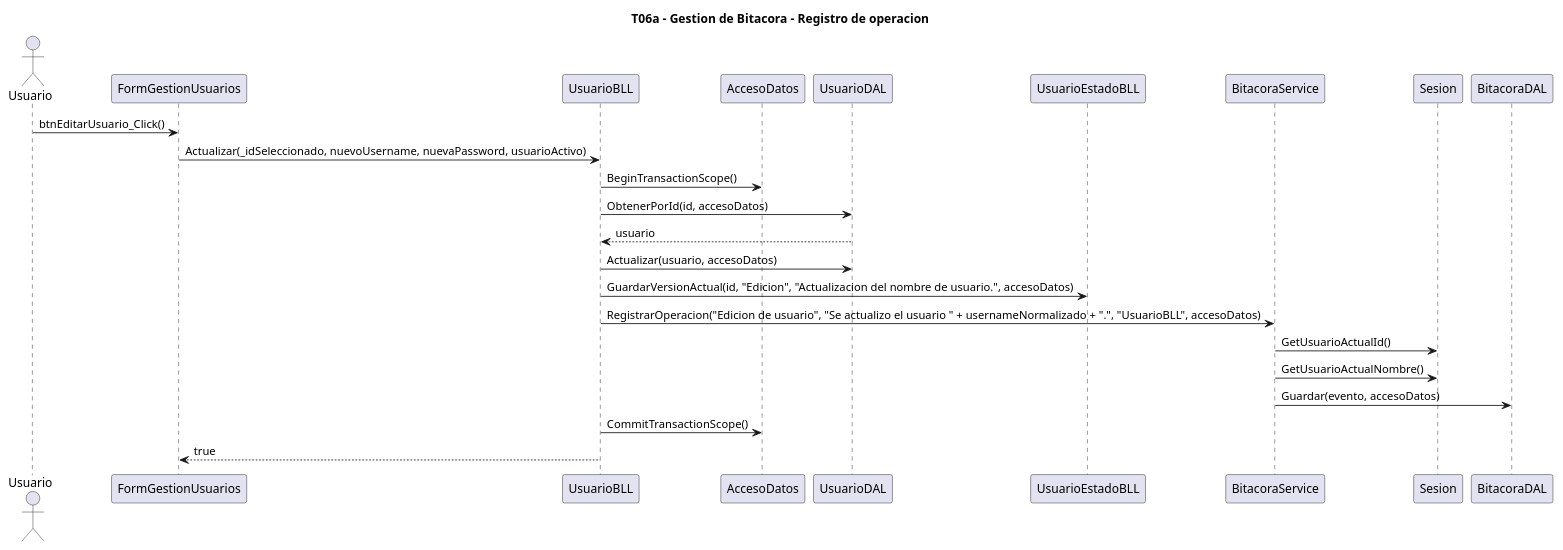
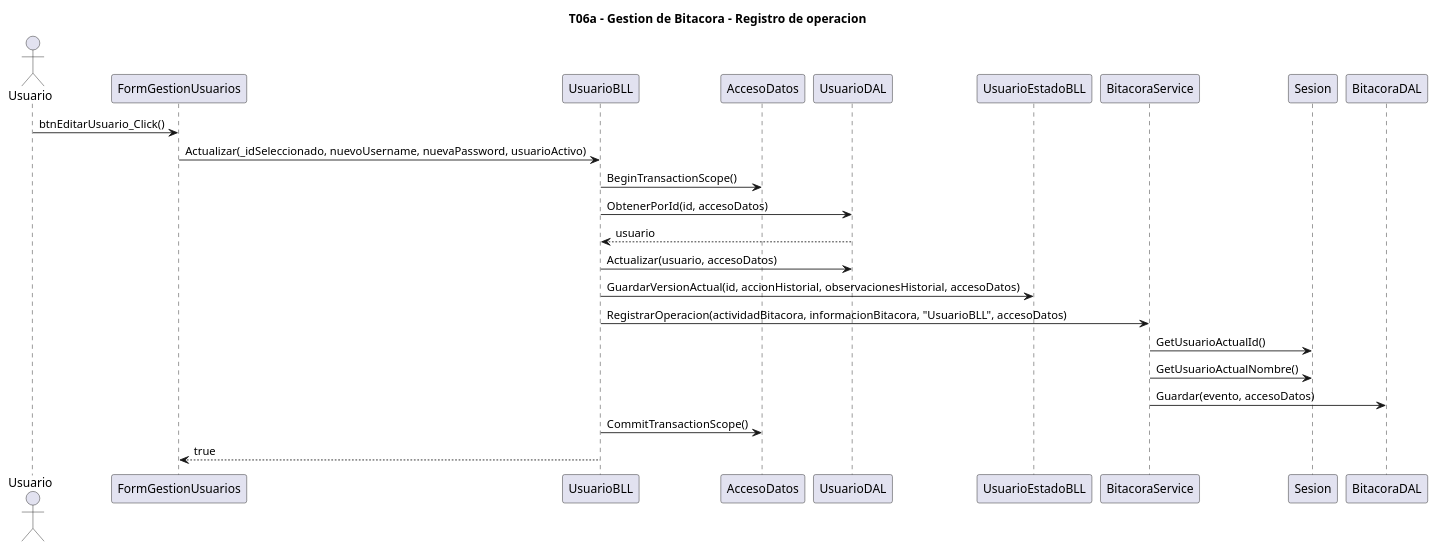
The diagram in diagramas/T06a-bitacora/T06a-bitacora-secuencia.puml (aggutierrez98/TP-TD), drawn with PlantUML before and after one commit. The commit also changed 19 other files, not shown here.

Commit message:
Actualizar diagramas

```diff
--- a/diagramas/T06a-bitacora/T06a-bitacora-secuencia.puml
+++ b/diagramas/T06a-bitacora/T06a-bitacora-secuencia.puml
@@ -1,28 +1,28 @@
 @startuml
 title T06a - Gestion de Bitacora - Registro de operacion
 
 actor Usuario
 participant "FormGestionUsuarios" as FormGestionUsuarios
 participant "UsuarioBLL" as UsuarioBLL
 participant "AccesoDatos" as AccesoDatos
 participant "UsuarioDAL" as UsuarioDAL
 participant "UsuarioEstadoBLL" as UsuarioEstadoBLL
 participant "BitacoraService" as BitacoraService
 participant "Sesion" as Sesion
 participant "BitacoraDAL" as BitacoraDAL
 
 Usuario -> FormGestionUsuarios : btnEditarUsuario_Click()
 FormGestionUsuarios -> UsuarioBLL : Actualizar(_idSeleccionado, nuevoUsername, nuevaPassword, usuarioActivo)
 UsuarioBLL -> AccesoDatos : BeginTransactionScope()
 UsuarioBLL -> UsuarioDAL : ObtenerPorId(id, accesoDatos)
 UsuarioDAL --> UsuarioBLL : usuario
 UsuarioBLL -> UsuarioDAL : Actualizar(usuario, accesoDatos)
-UsuarioBLL -> UsuarioEstadoBLL : GuardarVersionActual(id, "Edicion", "Actualizacion del nombre de usuario.", accesoDatos)
-UsuarioBLL -> BitacoraService : RegistrarOperacion("Edicion de usuario", "Se actualizo el usuario " + usernameNormalizado + ".", "UsuarioBLL", accesoDatos)
+UsuarioBLL -> UsuarioEstadoBLL : GuardarVersionActual(id, accionHistorial, observacionesHistorial, accesoDatos)
+UsuarioBLL -> BitacoraService : RegistrarOperacion(actividadBitacora, informacionBitacora, "UsuarioBLL", accesoDatos)
 BitacoraService -> Sesion : GetUsuarioActualId()
 BitacoraService -> Sesion : GetUsuarioActualNombre()
 BitacoraService -> BitacoraDAL : Guardar(evento, accesoDatos)
 UsuarioBLL -> AccesoDatos : CommitTransactionScope()
 UsuarioBLL --> FormGestionUsuarios : true
 
 @enduml
```
